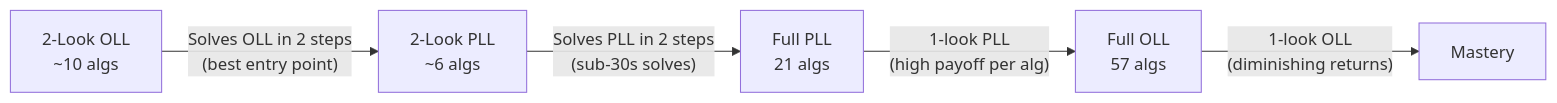
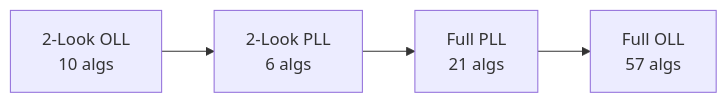
The diagram in docs/product/algorithms.md (ajmalk/cubehill), drawn with Mermaid before and after one commit. The commit also changed 6 other files, not shown here.

First line of the commit message:
Clean up diagrams: shorter labels, less clutter

````diff
--- a/docs/product/algorithms.md
+++ b/docs/product/algorithms.md
@@ -74,12 +74,4 @@
 ```mermaid
 flowchart LR
-    A["2-Look OLL\n~10 algs"]
-    B["2-Look PLL\n~6 algs"]
-    C["Full PLL\n21 algs"]
-    D["Full OLL\n57 algs"]
-
-    A -->|"Solves OLL in 2 steps\n(best entry point)"| B
-    B -->|"Solves PLL in 2 steps\n(sub-30s solves)"| C
-    C -->|"1-look PLL\n(high payoff per alg)"| D
-    D -->|"1-look OLL\n(diminishing returns)"| E["Mastery"]
+    A["2-Look OLL\n10 algs"] --> B["2-Look PLL\n6 algs"] --> C["Full PLL\n21 algs"] --> D["Full OLL\n57 algs"]
 ```
````
